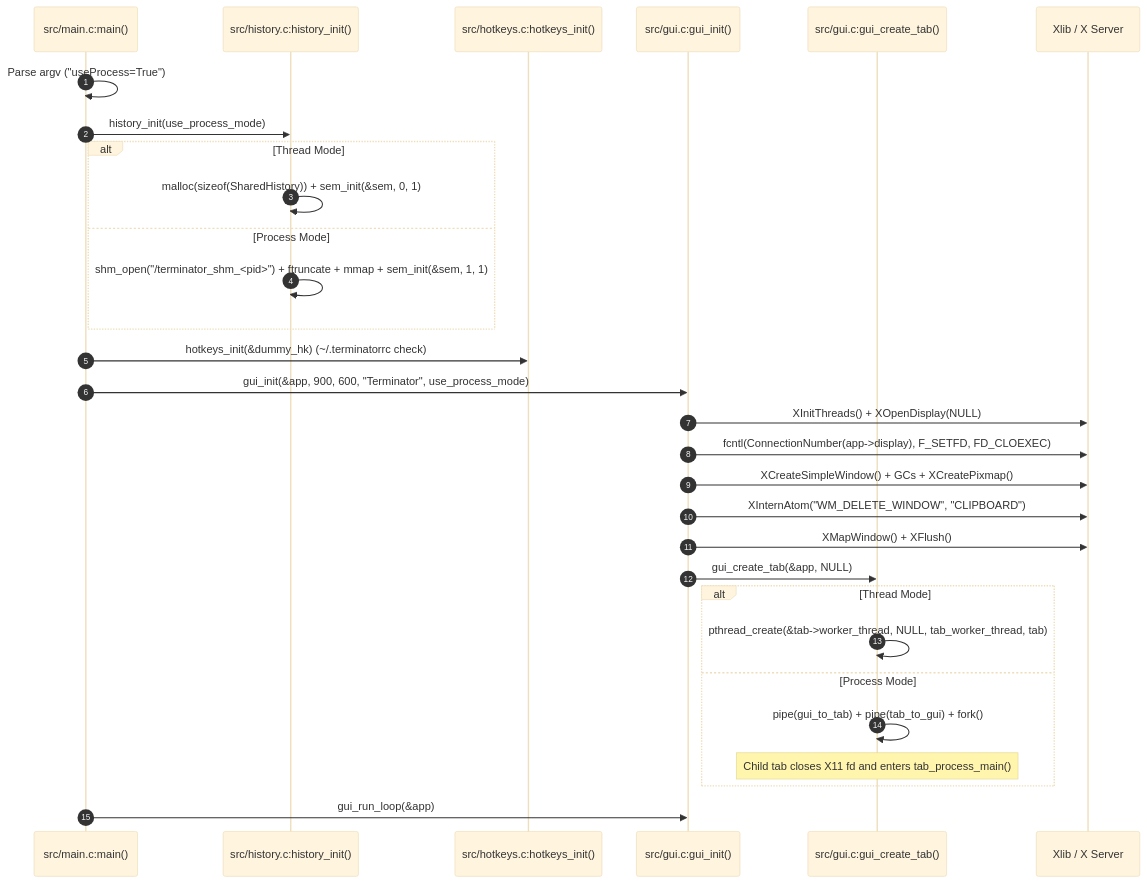
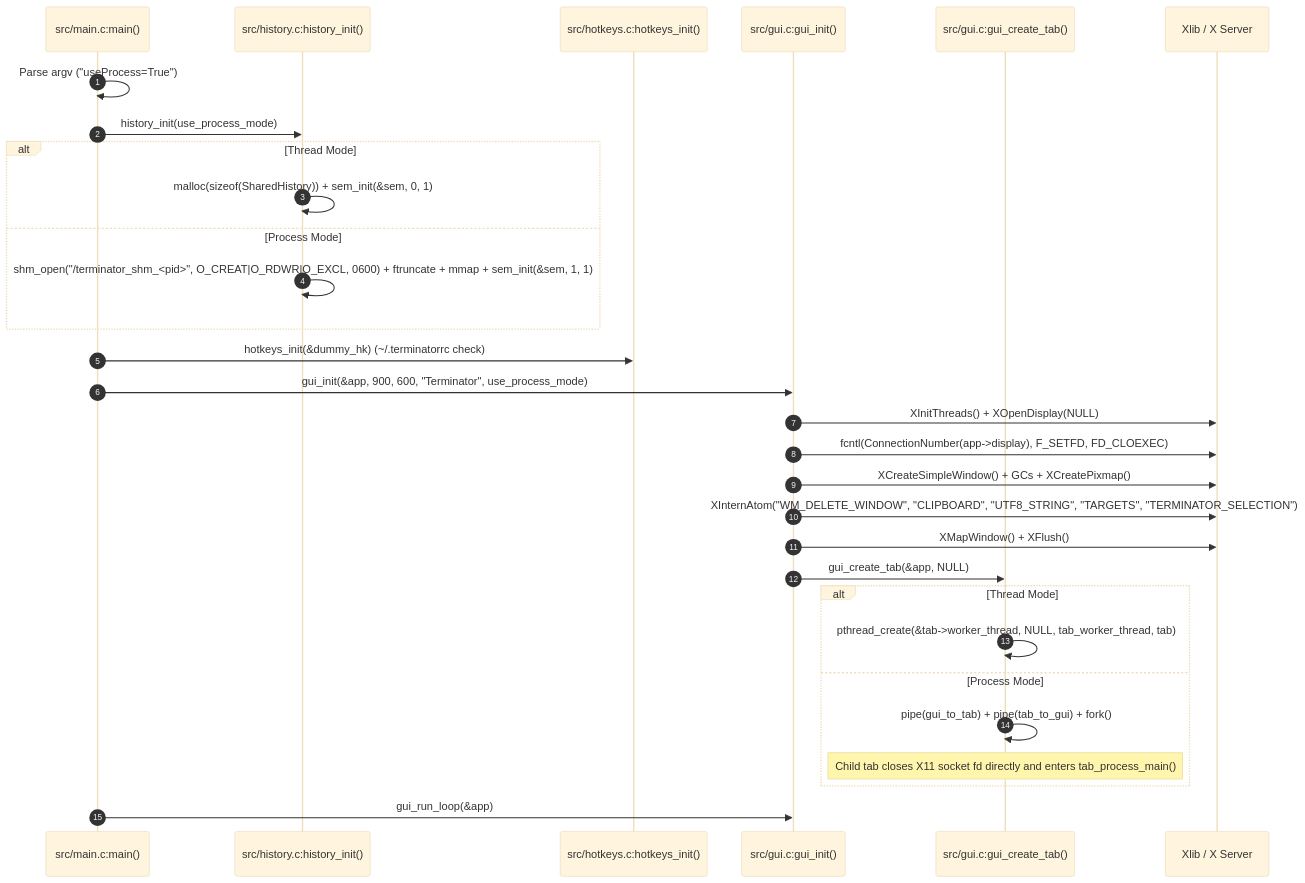
The second of 8 diagrams in DESIGN.md (littleboy3012/Terminator), drawn with Mermaid (base theme) before and after one commit. The commit also changed other lines of this file, not shown here.

````diff
--- a/DESIGN.md
+++ b/DESIGN.md
@@ -79,33 +79,33 @@
 ```mermaid
 sequenceDiagram
     autonumber
     participant Main as src/main.c:main()
     participant Hist as src/history.c:history_init()
     participant HK as src/hotkeys.c:hotkeys_init()
     participant GUI as src/gui.c:gui_init()
     participant Tab as src/gui.c:gui_create_tab()
     participant X11 as Xlib / X Server
 
     Main->>Main: Parse argv ("useProcess=True")
     Main->>Hist: history_init(use_process_mode)
     alt Thread Mode
         Hist->>Hist: malloc(sizeof(SharedHistory)) + sem_init(&sem, 0, 1)
     else Process Mode
-        Hist->>Hist: shm_open("/terminator_shm_<pid>") + ftruncate + mmap + sem_init(&sem, 1, 1)
+        Hist->>Hist: shm_open("/terminator_shm_<pid>", O_CREAT|O_RDWR|O_EXCL, 0600) + ftruncate + mmap + sem_init(&sem, 1, 1)
     end
     Main->>HK: hotkeys_init(&dummy_hk) (~/.terminatorrc check)
     Main->>GUI: gui_init(&app, 900, 600, "Terminator", use_process_mode)
     GUI->>X11: XInitThreads() + XOpenDisplay(NULL)
     GUI->>X11: fcntl(ConnectionNumber(app->display), F_SETFD, FD_CLOEXEC)
     GUI->>X11: XCreateSimpleWindow() + GCs + XCreatePixmap()
-    GUI->>X11: XInternAtom("WM_DELETE_WINDOW", "CLIPBOARD")
+    GUI->>X11: XInternAtom("WM_DELETE_WINDOW", "CLIPBOARD", "UTF8_STRING", "TARGETS", "TERMINATOR_SELECTION")
     GUI->>X11: XMapWindow() + XFlush()
     GUI->>Tab: gui_create_tab(&app, NULL)
     alt Thread Mode
         Tab->>Tab: pthread_create(&tab->worker_thread, NULL, tab_worker_thread, tab)
     else Process Mode
         Tab->>Tab: pipe(gui_to_tab) + pipe(tab_to_gui) + fork()
-        Note over Tab: Child tab closes X11 fd and enters tab_process_main()
+        Note over Tab: Child tab closes X11 socket fd directly and enters tab_process_main()
     end
     Main->>GUI: gui_run_loop(&app)
 ```
````
